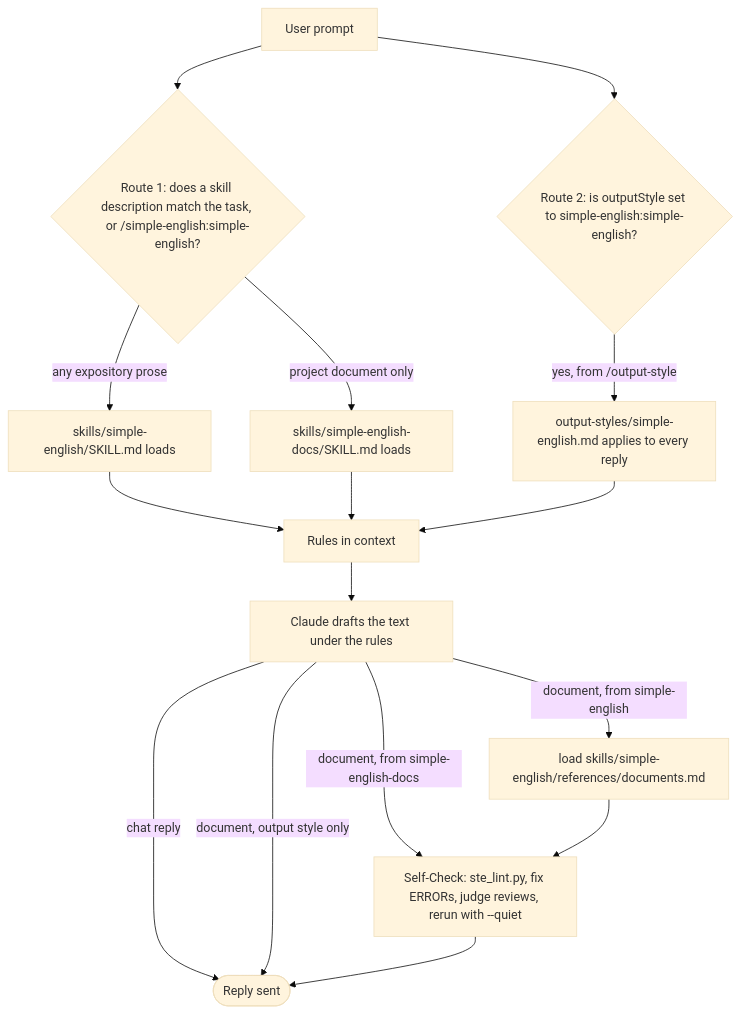
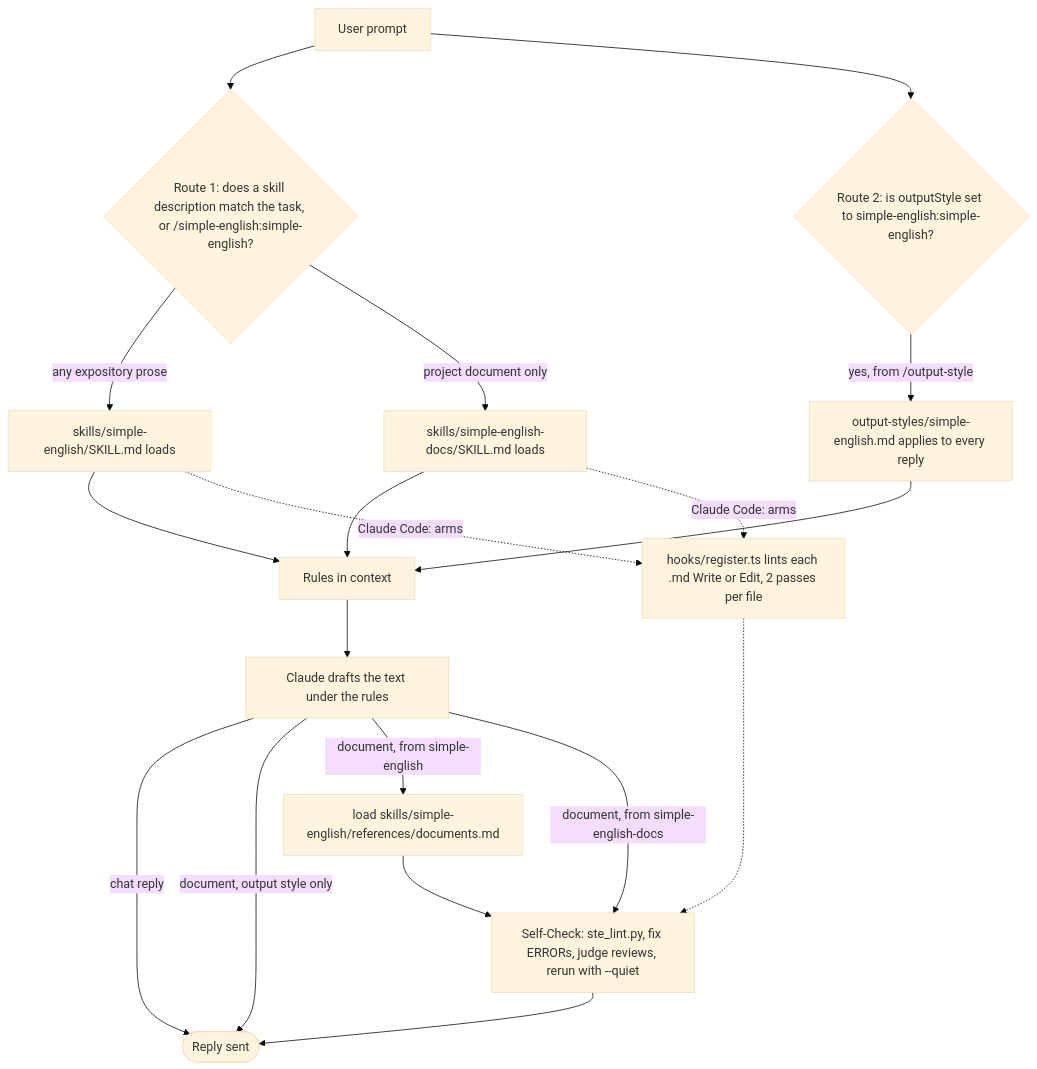
The first of 6 diagrams in docs/architecture/simple-english/workflows.md (mattbran87/Chatito), drawn with Mermaid (base theme) before and after one commit. The commit also changed other lines of this file and 15 other files, not shown here.

````diff
--- a/docs/architecture/simple-english/workflows.md
+++ b/docs/architecture/simple-english/workflows.md
@@ -15,18 +15,21 @@
 ```mermaid
 flowchart TD
     P["User prompt"] --> R1{"Route 1: does a skill description match the task, or /simple-english:simple-english?"}
     P --> R2{"Route 2: is outputStyle set to simple-english:simple-english?"}
     R1 -->|"any expository prose"| S1["skills/simple-english/SKILL.md loads"]
     R1 -->|"project document only"| S2["skills/simple-english-docs/SKILL.md loads"]
     R2 -->|"yes, from /output-style"| OS["output-styles/simple-english.md applies to every reply"]
     S1 --> C["Rules in context"]
     S2 --> C
     OS --> C
     C --> D["Claude drafts the text under the rules"]
     D -->|"chat reply"| F(["Reply sent"])
     D -->|"document, output style only"| F
     D -->|"document, from simple-english"| REF["load skills/simple-english/references/documents.md"]
     D -->|"document, from simple-english-docs"| L
     REF --> L["Self-Check: ste_lint.py, fix ERRORs, judge reviews, rerun with --quiet"]
+    S1 -.->|"Claude Code: arms"| H["hooks/register.ts lints each .md Write or Edit, 2 passes per file"]
+    S2 -.->|"Claude Code: arms"| H
+    H -.-> L
     L --> F
 ```
````
